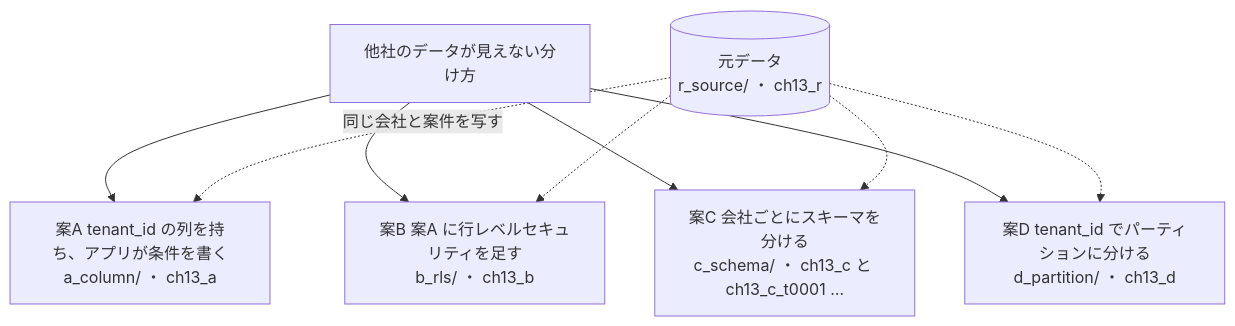
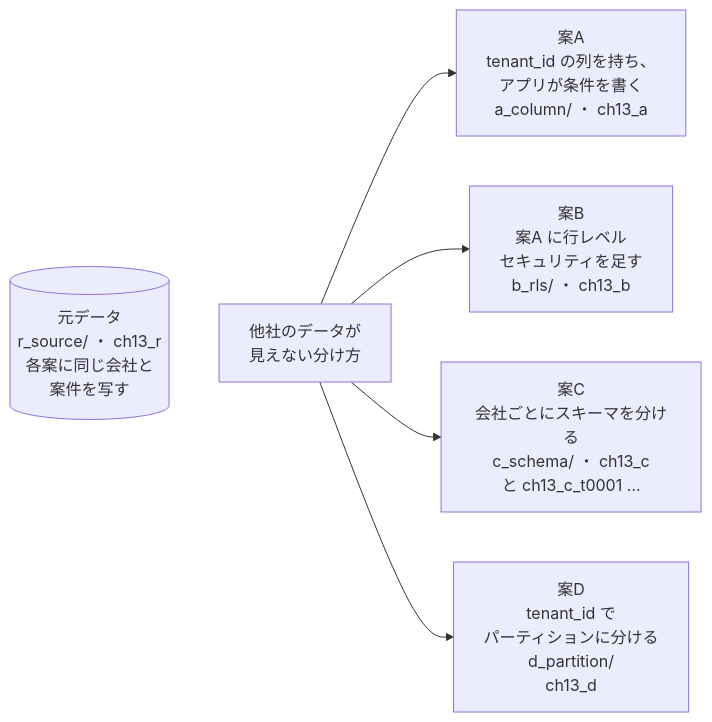
One commit to driftnode986/postgresql-db-design-samples changed the first of 6 diagrams in ch13_multi_tenant/README.md. Above: the diagram before and after it, drawn with Mermaid. The commit also changed other lines of this file and 15 other files, not shown here.

First line of the commit message:
docs: 設計案の構成図を縦並びにし、幅の広い ER 図を分けて、GitHub で縮まない大きさにする

````diff
--- a/ch13_multi_tenant/README.md
+++ b/ch13_multi_tenant/README.md
@@ -16,13 +16,10 @@
 ```mermaid
-flowchart TD
-  Q["他社のデータが見えない分け方"]
-  R[("元データ<br/>r_source/ ・ ch13_r")]
-  Q --> A["案A tenant_id の列を持ち、アプリが条件を書く<br/>a_column/ ・ ch13_a"]
-  Q --> B["案B 案A に行レベルセキュリティを足す<br/>b_rls/ ・ ch13_b"]
-  Q --> C["案C 会社ごとにスキーマを分ける<br/>c_schema/ ・ ch13_c と ch13_c_t0001 …"]
-  Q --> D["案D tenant_id でパーティションに分ける<br/>d_partition/ ・ ch13_d"]
-  R -.->|同じ会社と案件を写す| A
-  R -.-> B
-  R -.-> C
-  R -.-> D
+flowchart LR
+  Q["他社のデータが<br/>見えない分け方"]
+  R[("元データ<br/>r_source/ ・ ch13_r<br/>各案に同じ会社と<br/>案件を写す")]
+  Q --> A["案A<br/>tenant_id の列を持ち、<br/>アプリが条件を書く<br/>a_column/ ・ ch13_a"]
+  Q --> B["案B<br/>案A に行レベル<br/>セキュリティを足す<br/>b_rls/ ・ ch13_b"]
+  Q --> C["案C<br/>会社ごとにスキーマを分ける<br/>c_schema/ ・ ch13_c<br/>と ch13_c_t0001 …"]
+  Q --> D["案D<br/>tenant_id で<br/>パーティションに分ける<br/>d_partition/<br/>ch13_d"]
+  R ~~~ Q
 ```
````
